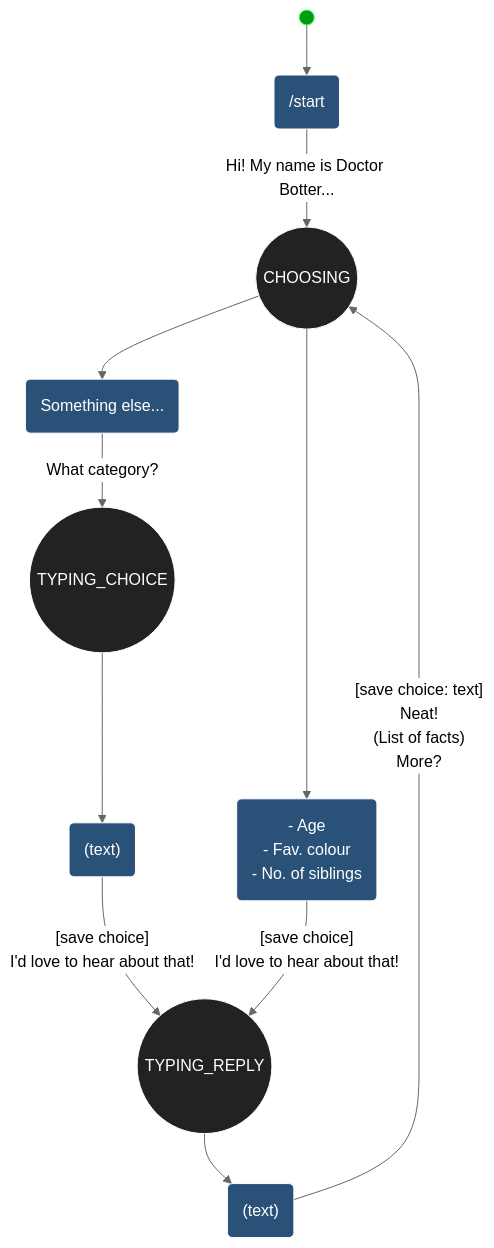
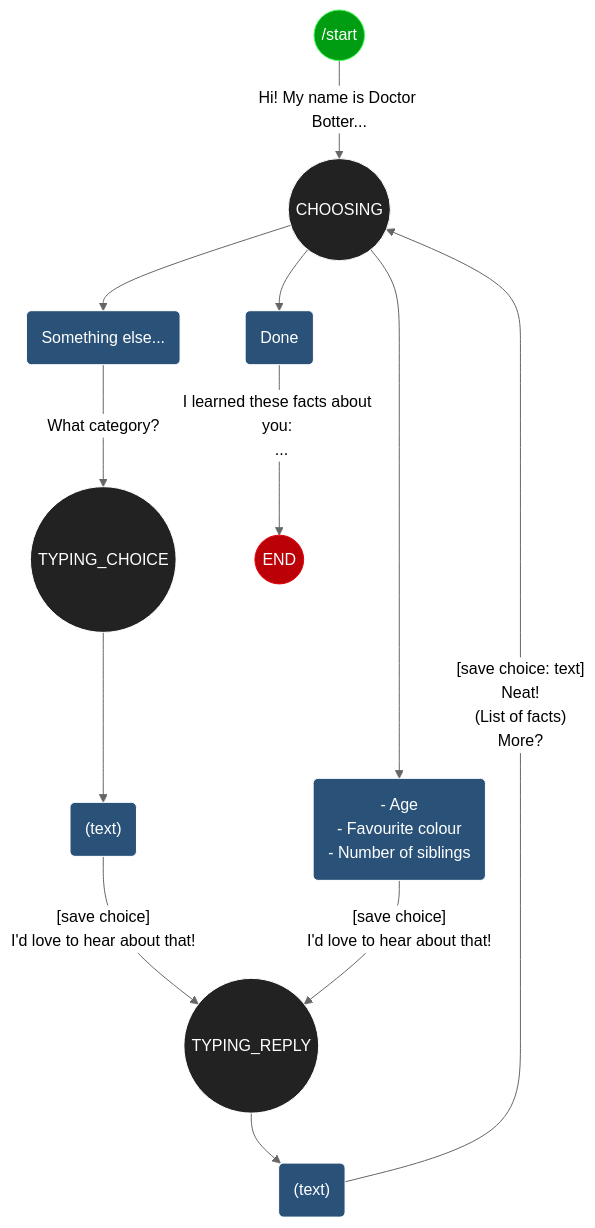
Before and after one commit to python-telegram-bot/python-telegram-bot: the diagram in examples/conversationbot2.mmd, drawn with Mermaid (neutral theme). The commit also changed 3 other files, not shown here.

Commit message:
smaller improvements of diagrams

```diff
--- a/examples/conversationbot2.mmd
+++ b/examples/conversationbot2.mmd
@@ -1,16 +1,17 @@
 flowchart TB
     %% Documentation: https://mermaid-js.github.io/mermaid/#/flowchart
-    firstState((" ")):::firstState --> A("/start"):::userInput
-    A -->|Hi! My name is Doctor Botter...| B((CHOOSING)):::state
+    A(("/start")):::entryPoint -->|Hi! My name is Doctor Botter...| B((CHOOSING)):::state
     B --> C("Something else..."):::userInput 
     C --> |What category?| D((TYPING_CHOICE)):::state
     D --> E("(text)"):::userInput
     E --> |"[save choice] <br /> I'd love to hear about that!"| F((TYPING_REPLY)):::state
     F --> G("(text)"):::userInput
     G --> |"[save choice: text] <br /> Neat! <br /> (List of facts) <br /> More?"| B
-    B --> H("- Age <br /> - Fav. colour <br /> - No. of siblings"):::userInput
+    B --> H("- Age <br /> - Favourite colour <br /> - Number of siblings"):::userInput
     H --> |"[save choice] <br /> I'd love to hear about that!"| F
+    B --> I("Done"):::userInput
+    I --> |"I learned these facts about you: <br /> ..."| End(("END")):::termination
     classDef userInput  fill:#2a5279, color:#ffffff, stroke:#ffffff
     classDef state fill:#222222, color:#ffffff, stroke:#ffffff
-    classDef firstState fill:#009c11, stroke:#42FF57, color:#ffffff
+    classDef entryPoint fill:#009c11, stroke:#42FF57, color:#ffffff
     classDef termination fill:#bb0007, stroke:#E60109, color:#ffffff
```
